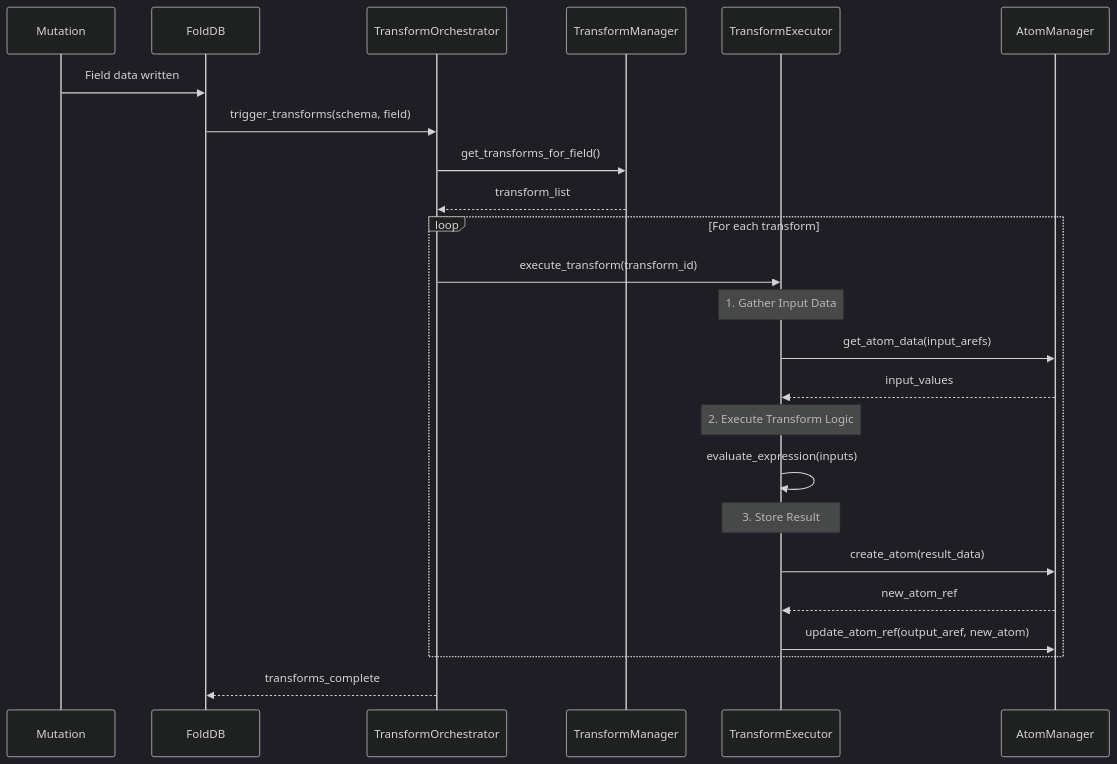
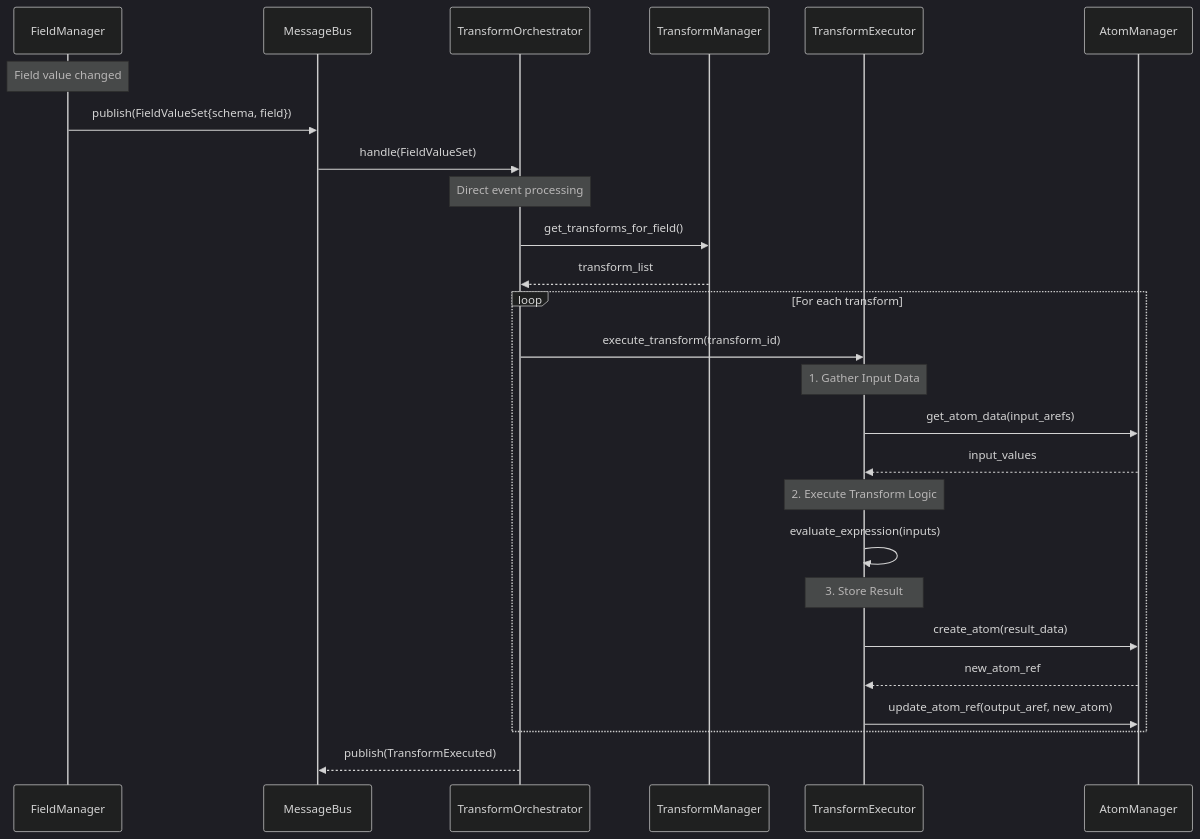
One commit to shiba4life/fold_db changed diagram 13 of 18 in docs/FOLD_DB_CORE_ARCHITECTURE.md. Above: the diagram before and after it, drawn with Mermaid (dark theme). The commit also changed other lines of this file and 50 other files, not shown here.

First line of the commit message:
Fix hanging test and restore complete transform system workflow

````diff
--- a/docs/FOLD_DB_CORE_ARCHITECTURE.md
+++ b/docs/FOLD_DB_CORE_ARCHITECTURE.md
@@ -638,34 +648,36 @@
 ```mermaid
 sequenceDiagram
-    participant Mutation
-    participant FoldDB
+    participant FieldManager
+    participant MessageBus
     participant TransformOrchestrator
     participant TransformManager
     participant TransformExecutor
     participant AtomManager
     
-    Mutation->>FoldDB: Field data written
-    FoldDB->>TransformOrchestrator: trigger_transforms(schema, field)
+    Note over FieldManager: Field value changed
+    FieldManager->>MessageBus: publish(FieldValueSet{schema, field})
+    MessageBus->>TransformOrchestrator: handle(FieldValueSet)
     
+    Note over TransformOrchestrator: Direct event processing
     TransformOrchestrator->>TransformManager: get_transforms_for_field()
     TransformManager-->>TransformOrchestrator: transform_list
     
     loop For each transform
         TransformOrchestrator->>TransformExecutor: execute_transform(transform_id)
         
         Note over TransformExecutor: 1. Gather Input Data
         TransformExecutor->>AtomManager: get_atom_data(input_arefs)
         AtomManager-->>TransformExecutor: input_values
         
         Note over TransformExecutor: 2. Execute Transform Logic
         TransformExecutor->>TransformExecutor: evaluate_expression(inputs)
         
         Note over TransformExecutor: 3. Store Result
         TransformExecutor->>AtomManager: create_atom(result_data)
         AtomManager-->>TransformExecutor: new_atom_ref
         
         TransformExecutor->>AtomManager: update_atom_ref(output_aref, new_atom)
     end
     
-    TransformOrchestrator-->>FoldDB: transforms_complete
+    TransformOrchestrator-->>MessageBus: publish(TransformExecuted)
 ```
````
